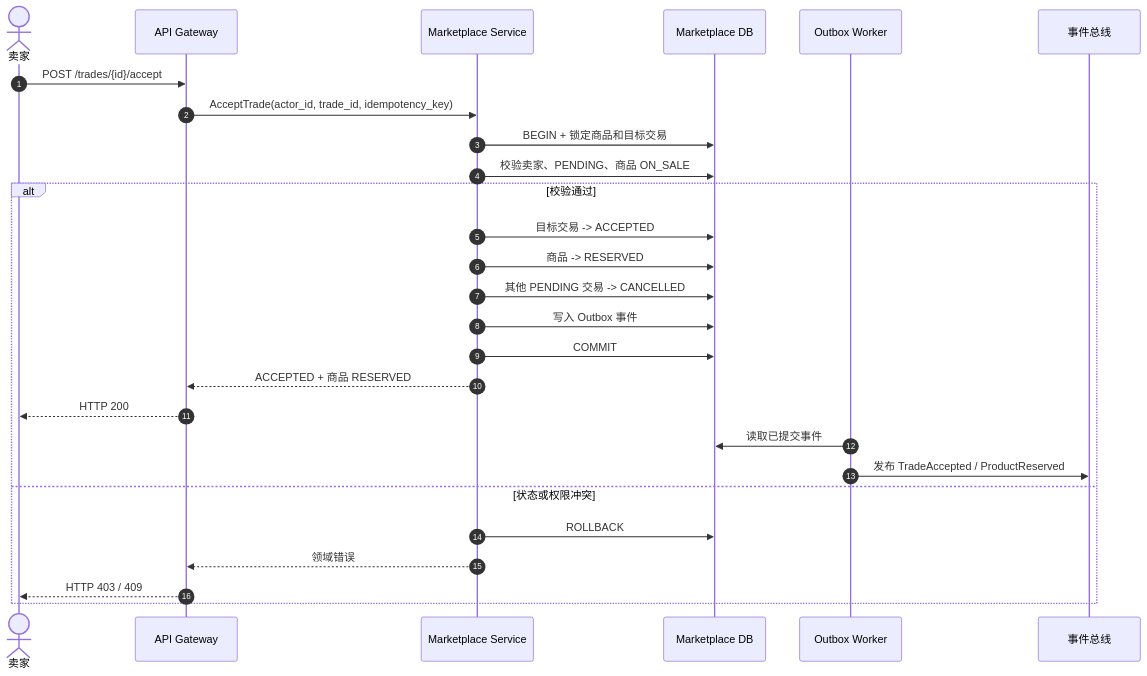
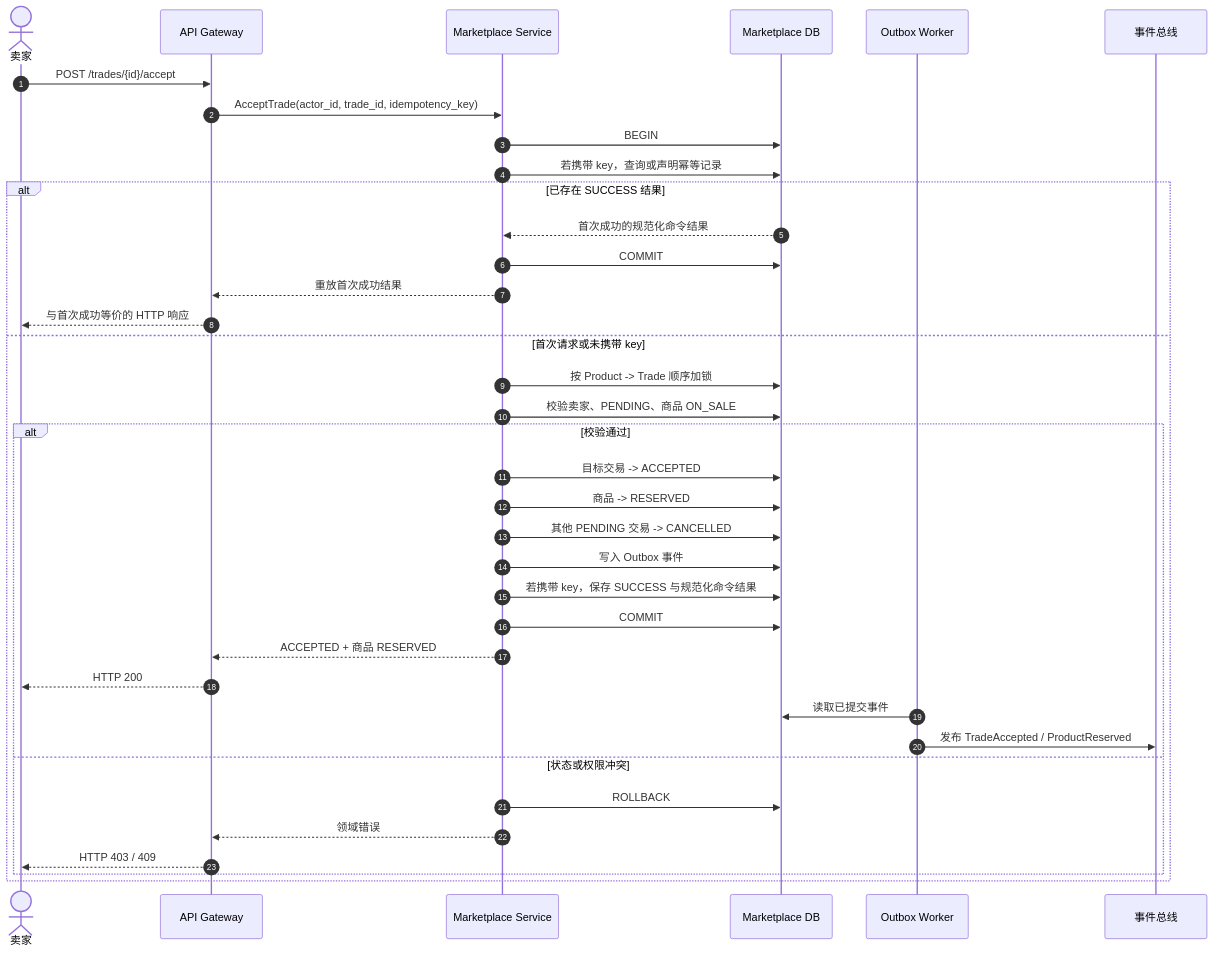
One commit to KDZZZZZZ/short-term changed the fourth of 5 diagrams in docs/software-design.md. Above: the diagram before and after it, drawn with Mermaid. The commit also changed other lines of this file and 4 other files, not shown here.

```diff
--- a/docs/software-design.md
+++ b/docs/software-design.md
@@ -279,30 +280,40 @@
 ~~~mermaid
 sequenceDiagram
     autonumber
     actor Seller as 卖家
     participant GW as API Gateway
     participant MK as Marketplace Service
     participant DB as Marketplace DB
     participant OB as Outbox Worker
     participant BUS as 事件总线
 
     Seller->>GW: POST /trades/{id}/accept
     GW->>MK: AcceptTrade(actor_id, trade_id, idempotency_key)
-    MK->>DB: BEGIN + 锁定商品和目标交易
-    MK->>DB: 校验卖家、PENDING、商品 ON_SALE
-    alt 校验通过
-        MK->>DB: 目标交易 -> ACCEPTED
-        MK->>DB: 商品 -> RESERVED
-        MK->>DB: 其他 PENDING 交易 -> CANCELLED
-        MK->>DB: 写入 Outbox 事件
+    MK->>DB: BEGIN
+    MK->>DB: 若携带 key，查询或声明幂等记录
+    alt 已存在 SUCCESS 结果
+        DB-->>MK: 首次成功的规范化命令结果
         MK->>DB: COMMIT
-        MK-->>GW: ACCEPTED + 商品 RESERVED
-        GW-->>Seller: HTTP 200
-        OB->>DB: 读取已提交事件
-        OB->>BUS: 发布 TradeAccepted / ProductReserved
-    else 状态或权限冲突
-        MK->>DB: ROLLBACK
-        MK-->>GW: 领域错误
-        GW-->>Seller: HTTP 403 / 409
+        MK-->>GW: 重放首次成功结果
+        GW-->>Seller: 与首次成功等价的 HTTP 响应
+    else 首次请求或未携带 key
+        MK->>DB: 按 Product -> Trade 顺序加锁
+        MK->>DB: 校验卖家、PENDING、商品 ON_SALE
+        alt 校验通过
+            MK->>DB: 目标交易 -> ACCEPTED
+            MK->>DB: 商品 -> RESERVED
+            MK->>DB: 其他 PENDING 交易 -> CANCELLED
+            MK->>DB: 写入 Outbox 事件
+            MK->>DB: 若携带 key，保存 SUCCESS 与规范化命令结果
+            MK->>DB: COMMIT
+            MK-->>GW: ACCEPTED + 商品 RESERVED
+            GW-->>Seller: HTTP 200
+            OB->>DB: 读取已提交事件
+            OB->>BUS: 发布 TradeAccepted / ProductReserved
+        else 状态或权限冲突
+            MK->>DB: ROLLBACK
+            MK-->>GW: 领域错误
+            GW-->>Seller: HTTP 403 / 409
+        end
     end
 ~~~
```
